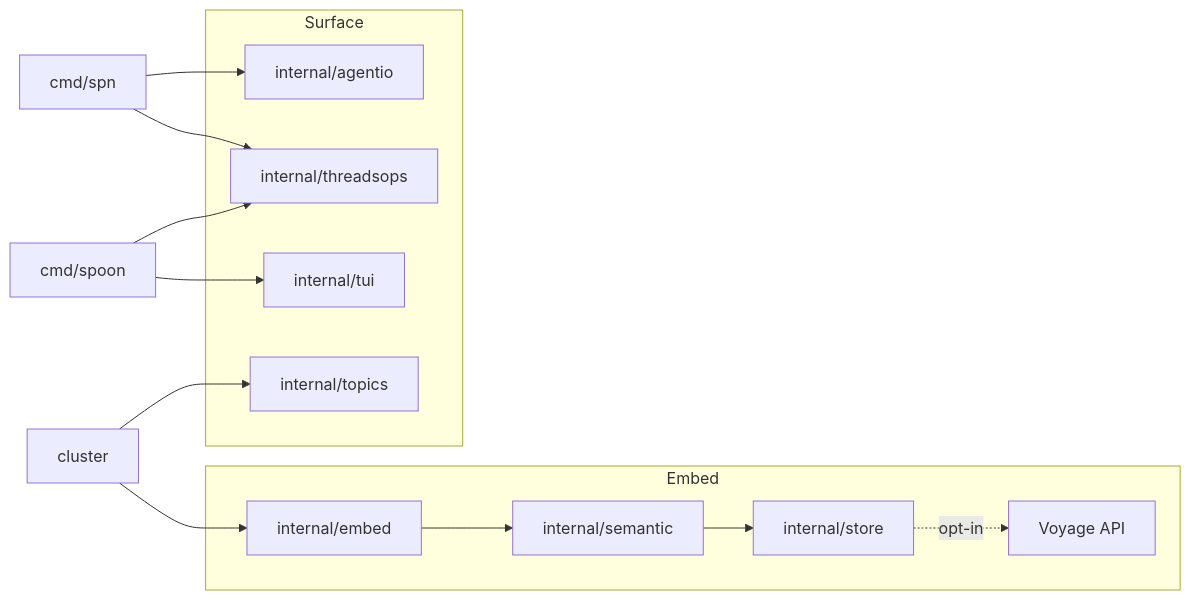
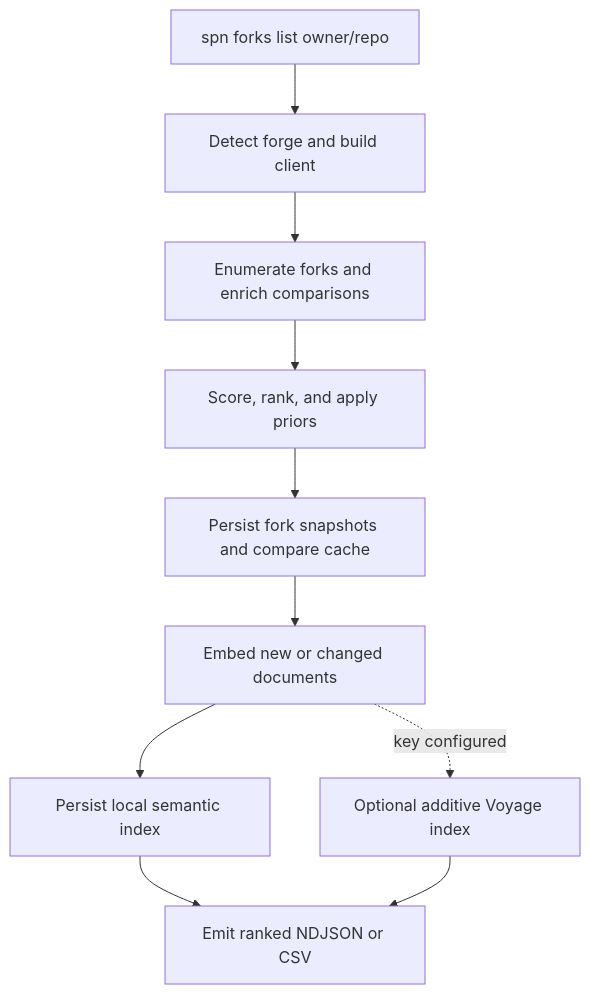
Before and after one commit to Raudbjorn/spoon: the second of 3 diagrams in README.md, drawn with Mermaid. The commit also changed other lines of this file, not shown here.

````diff
--- a/README.md
+++ b/README.md
@@ -443,28 +470,16 @@
 ```mermaid
-flowchart LR
-  subgraph Embed
-    embed["internal/embed"]
-    voyage["Voyage API"]
-    semantic["internal/semantic"]
-    store["internal/store"]
-  end
+flowchart TB
+  Request["spn forks list owner/repo"]
+  Forge["Detect forge and build client"]
+  Enrich["Enumerate forks and enrich comparisons"]
+  Score["Score, rank, and apply priors"]
+  Snapshot["Persist fork snapshots and compare cache"]
+  Embed["Embed new or changed documents"]
+  Index["Persist local semantic index"]
+  Voyage["Optional additive Voyage index"]
+  Output["Emit ranked NDJSON or CSV"]
 
-  subgraph Surface
-    tui["internal/tui"]
-    agentio["internal/agentio"]
-    topics["internal/topics"]
-    threads["internal/threadsops"]
-  end
-
-  embed --> semantic
-  semantic --> store
-  store -. opt-in .-> voyage
-
-  cluster --> embed
-  cluster --> topics
-
-  spoon["cmd/spoon"] --> tui
-  spoon --> threads
-  spn["cmd/spn"] --> threads
-  spn --> agentio
+  Request --> Forge --> Enrich --> Score --> Snapshot --> Embed --> Index --> Output
+  Embed -. key configured .-> Voyage
+  Voyage --> Output
 ```
````
